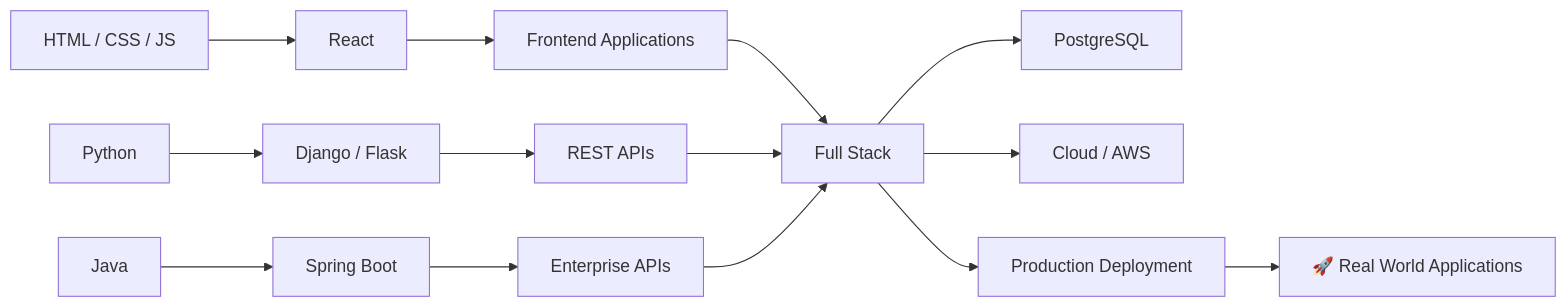
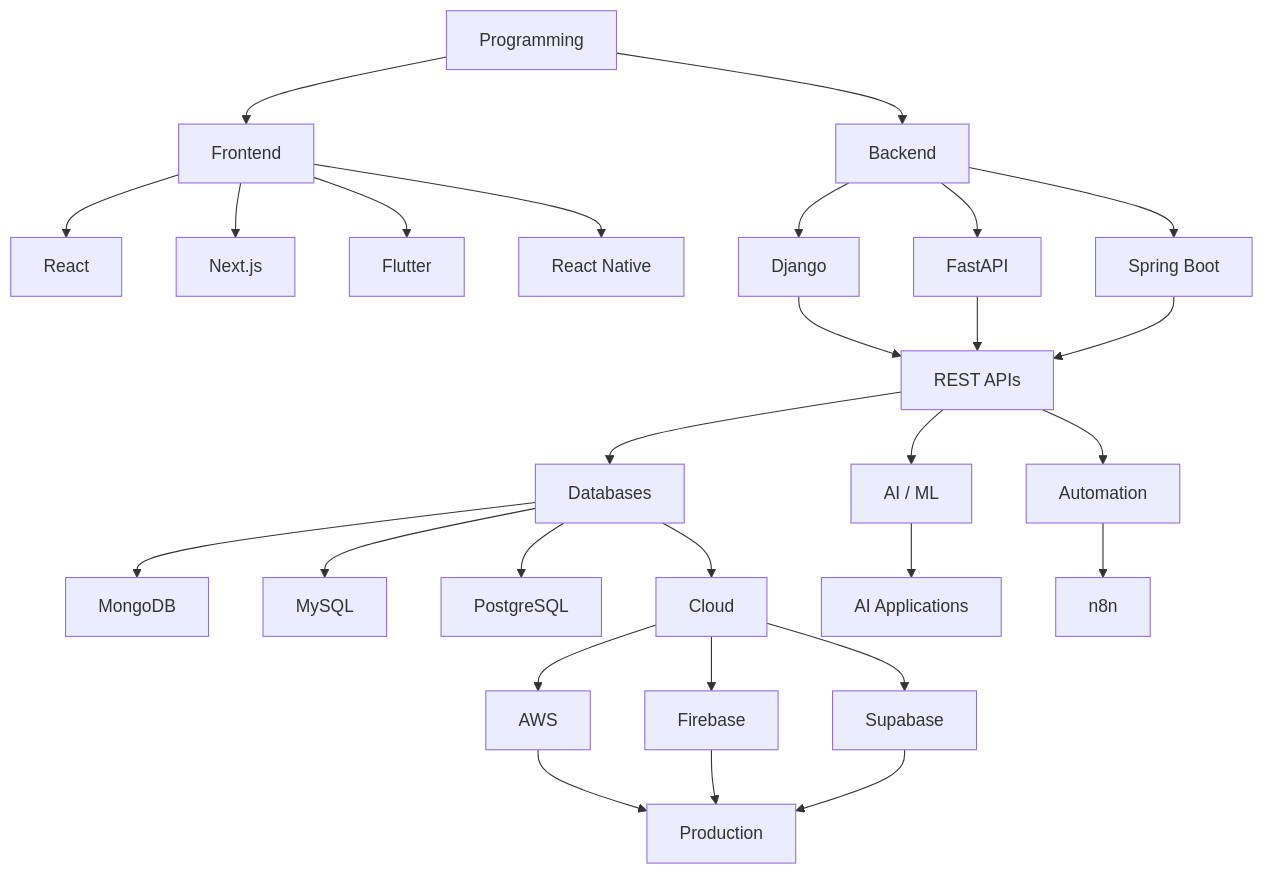
Before and after one commit to AgileSecDev/AgileSecDev: the diagram in README.md, drawn with Mermaid. The commit also changed other lines of this file, not shown here.

````diff
--- a/README.md
+++ b/README.md
@@ -229,22 +406,41 @@
 ```mermaid
-graph LR
+graph TD
 
-A[HTML / CSS / JS] --> B[React]
-B --> C[Frontend Applications]
+A[Programming] --> B[Frontend]
+A --> C[Backend]
 
-D[Python] --> E[Django / Flask]
-E --> F[REST APIs]
+B --> D[React]
+B --> E[Next.js]
+B --> F[Flutter]
+B --> G[React Native]
 
-G[Java] --> H[Spring Boot]
-H --> I[Enterprise APIs]
+C --> H[Django]
+C --> I[FastAPI]
+C --> J[Spring Boot]
 
-C --> J[Full Stack]
-F --> J
-I --> J
+H --> K[REST APIs]
+I --> K
+J --> K
 
-J --> K[PostgreSQL]
-J --> L[Cloud / AWS]
-J --> M[Production Deployment]
+K --> L[Databases]
 
-M --> N[🚀 Real World Applications]
+L --> M[MongoDB]
+L --> N[MySQL]
+L --> O[PostgreSQL]
+
+K --> P[AI / ML]
+K --> Q[Automation]
+
+P --> R[AI Applications]
+Q --> S[n8n]
+
+L --> T[Cloud]
+
+T --> U[AWS]
+T --> V[Firebase]
+T --> W[Supabase]
+
+U --> X[Production]
+V --> X
+W --> X
 ```
````
